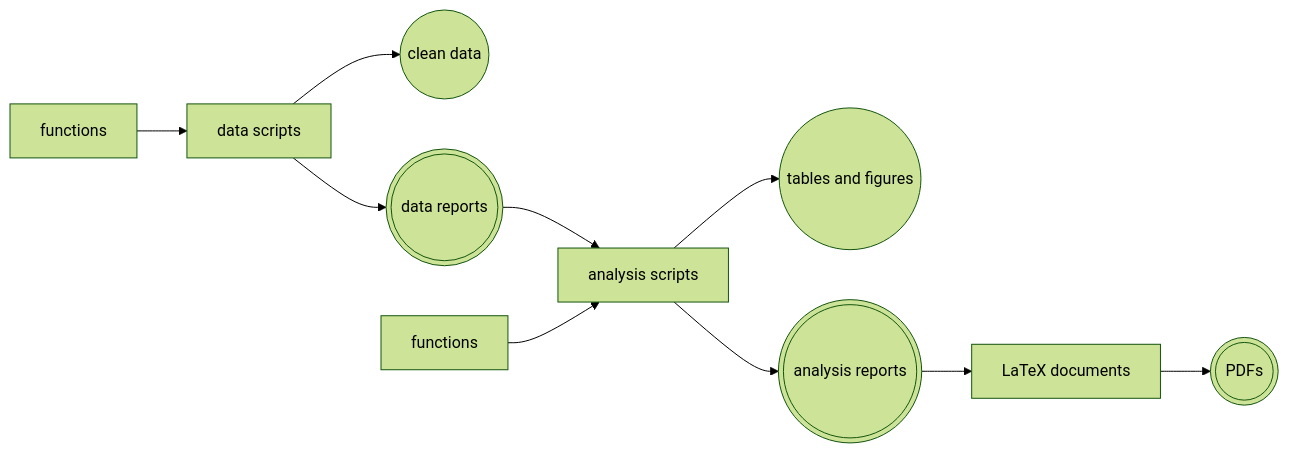
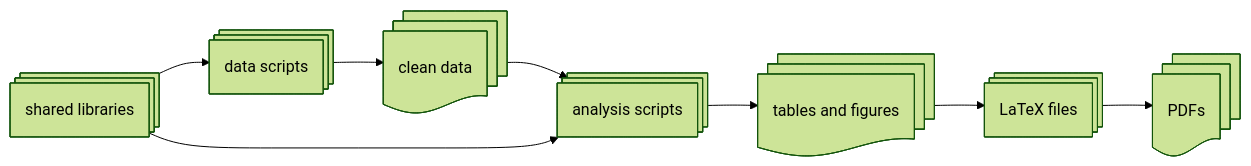
Before and after one commit to recap-org/recap-org.github.io: the fourth of 4 diagrams in docs/building-with-make.md, drawn with Mermaid (forest theme). The commit also changed other lines of this file, not shown here.

````diff
--- a/docs/building-with-make.md
+++ b/docs/building-with-make.md
@@ -158,22 +385,18 @@
 ```mermaid
 flowchart LR;
-    d[data scripts]
-    od((clean data))
-    ood(((data reports)))
-    a[analysis scripts]
-    oa((tables and figures))
-    ooa(((analysis reports)))
-    l[LaTeX documents]
-    ol(((PDFs)))
-    u0[functions]
-    u1[functions]
-    u0-->d;
-    d-->od;
-    d-->ood;
-    ood-->a;
-    a-->oa;
-    a-->ooa;
-    ooa-->l;
-    l-->ol;
-    u1-->a;
+    d@{ shape: processes, label: "data scripts"}
+    od@{ shape: docs, label: "clean data"}
+    a@{ shape: processes, label: "analysis scripts"}
+    f@{ shape: processes, label: "shared libraries"}
+    oa@{ shape: docs, label: "tables and figures"}
+    l@{ shape: processes, label: "LaTeX files"}
+    ol@{ shape: docs, label: "PDFs"}
+
+    d --> od
+    od --> a
+    a --> oa
+    f --> d
+    f --> a
+    oa --> l
+    l --> ol
 ```
````
